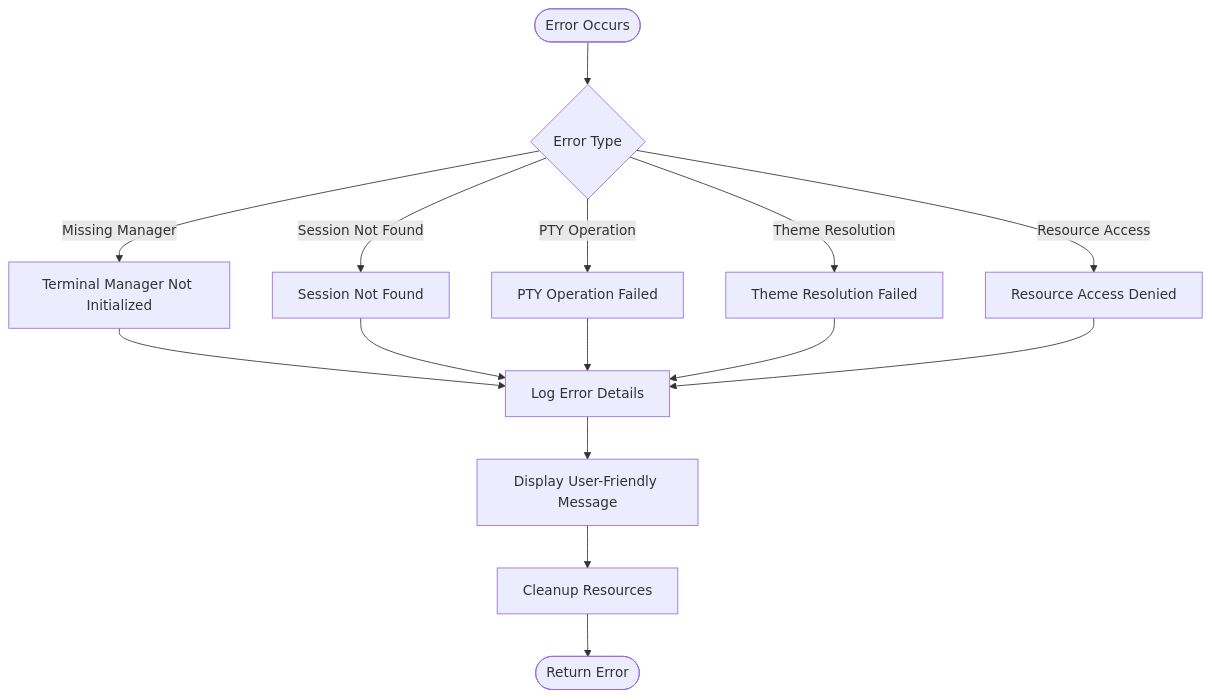
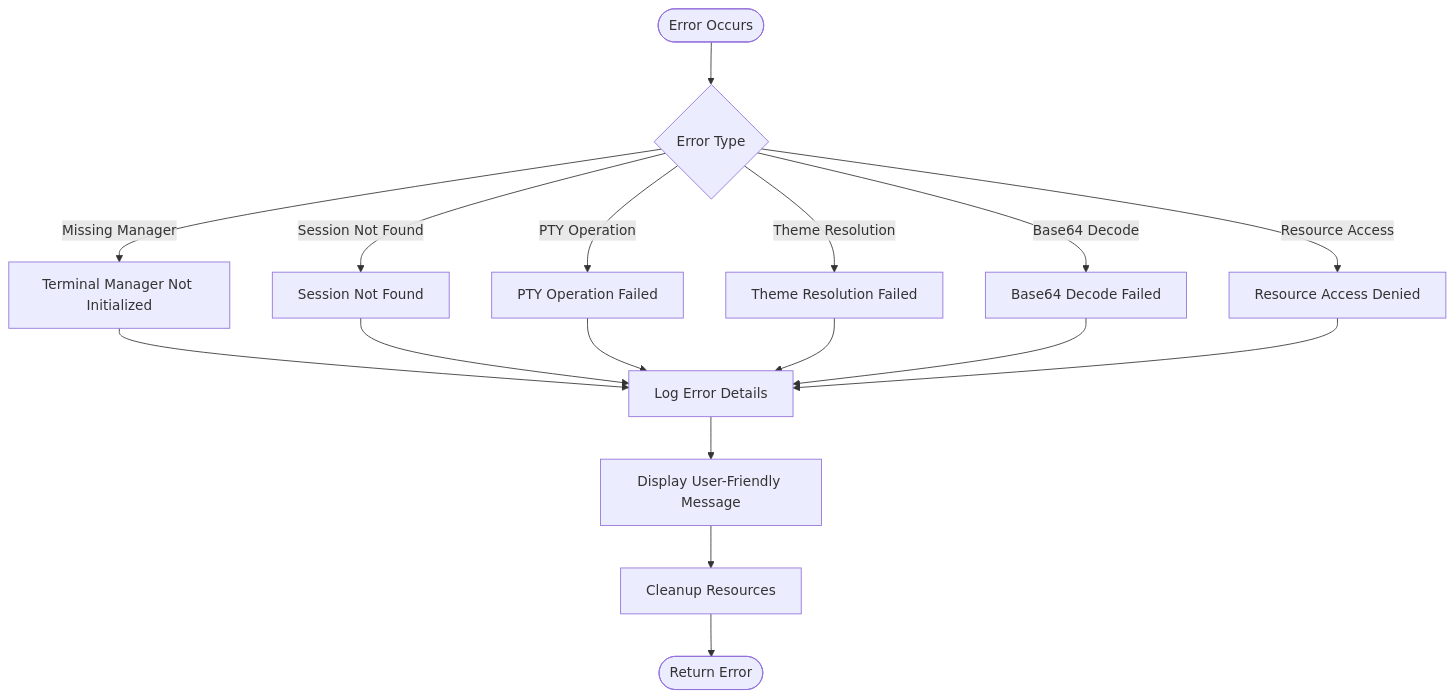
Diagram 13 of 13 in .qoder/repowiki/en/content/Frontend Application/Terminal Emulation System.md (v0lka/c0wrk), drawn with Mermaid before and after one commit. The commit also changed other lines of this file and 5 other files, not shown here.

````diff
--- a/.qoder/repowiki/en/content/Frontend Application/Terminal Emulation System.md
+++ b/.qoder/repowiki/en/content/Frontend Application/Terminal Emulation System.md
@@ -495,17 +566,19 @@
 ```mermaid
 flowchart TD
 Error([Error Occurs]) --> CheckType{"Error Type"}
 CheckType --> |Missing Manager| ManagerError["Terminal Manager Not Initialized"]
 CheckType --> |Session Not Found| SessionError["Session Not Found"]
 CheckType --> |PTY Operation| PtyError["PTY Operation Failed"]
 CheckType --> |Resource Access| ResourceError["Resource Access Denied"]
 CheckType --> |Theme Resolution| ThemeError["Theme Resolution Failed"]
+CheckType --> |Base64 Decode| DecodeError["Base64 Decode Failed"]
 ManagerError --> LogError["Log Error Details"]
 SessionError --> LogError
 PtyError --> LogError
 ThemeError --> LogError
+DecodeError --> LogError
 ResourceError --> LogError
 LogError --> UserFeedback["Display User-Friendly Message"]
 UserFeedback --> Cleanup["Cleanup Resources"]
 Cleanup --> ReturnError([Return Error])
 ```
````
